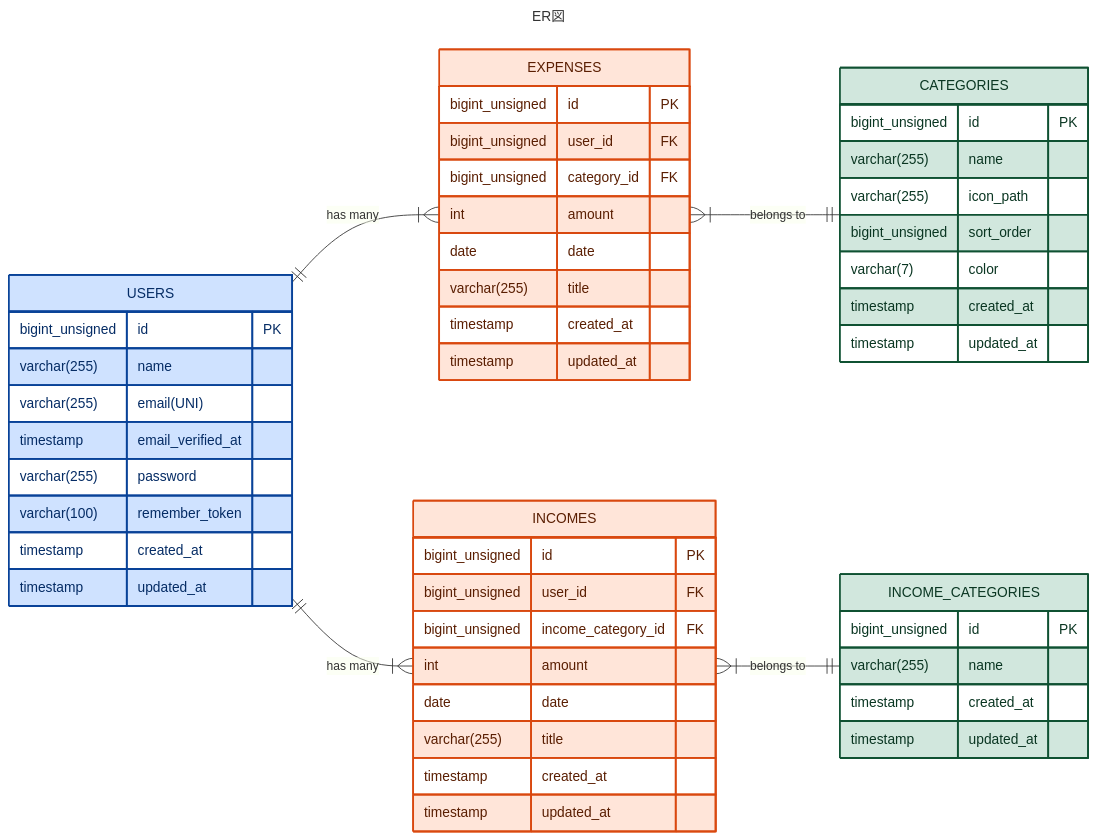
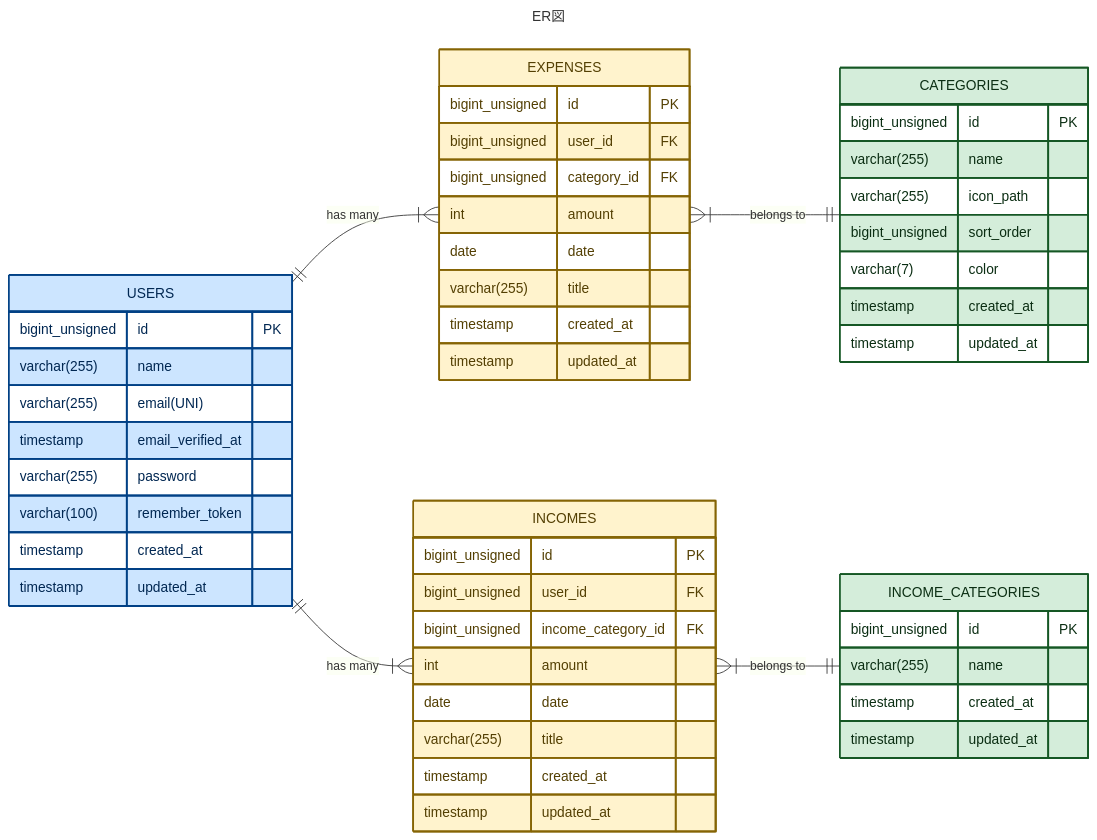
The first of 2 diagrams in README.md (shunki0001/household-note), drawn with Mermaid before and after one commit. The commit also changed other lines of this file and 14 other files, not shown here.

````diff
--- a/README.md
+++ b/README.md
@@ -114,68 +131,68 @@
 ```mermaid
 ---
 title: ER図
 ---
 erDiagram
     direction LR
     USERS ||--|{ EXPENSES : "has many"
     EXPENSES }|--|| CATEGORIES : "belongs to"
     USERS ||--|{ INCOMES : "has many"
     INCOMES }|--|| INCOME_CATEGORIES: "belongs to"
 
     USERS {
         bigint_unsigned id PK
         varchar(255) name
         varchar(255) email(UNI)
         timestamp email_verified_at
         varchar(255) password
         varchar(100) remember_token
         timestamp created_at
         timestamp updated_at
     }
 
     CATEGORIES {
         bigint_unsigned id PK
         varchar(255) name
         varchar(255) icon_path
         bigint_unsigned sort_order
         varchar(7) color
         timestamp created_at
         timestamp updated_at
     }
 
     INCOME_CATEGORIES {
         bigint_unsigned id PK
         varchar(255) name
         timestamp created_at
         timestamp updated_at
     }
 
     EXPENSES {
         bigint_unsigned id PK
         bigint_unsigned user_id FK 
         bigint_unsigned category_id FK
         int amount
         date date
         varchar(255) title
         timestamp created_at
         timestamp updated_at
     }
 
     INCOMES {
         bigint_unsigned id PK
         bigint_unsigned user_id FK 
         bigint_unsigned income_category_id FK
         int amount
         date date
         varchar(255) title
         timestamp created_at
         timestamp updated_at
     }
 
     %% カラースタイル
-    style USERS fill:#cfe2ff,stroke:#084298,stroke-width:2px,color:#052c65
-    style EXPENSES fill:#ffe5d9,stroke:#d9480f,stroke-width:2px,color:#5a1e02
-    style INCOMES fill:#ffe5d9,stroke:#d9480f,stroke-width:2px,color:#5a1e02
-    style CATEGORIES fill:#d1e7dd,stroke:#0f5132,stroke-width:2px,color:#0a3622
-    style INCOME_CATEGORIES fill:#d1e7dd,stroke:#0f5132,stroke-width:2px,color:#0a3622
+    style USERS fill:#cce5ff,stroke:#004085,stroke-width:2px,color:#002752
+    style EXPENSES fill:#fff3cd,stroke:#856404,stroke-width:2px,color:#533f03
+    style INCOMES fill:#fff3cd,stroke:#856404,stroke-width:2px,color:#533f03
+    style CATEGORIES fill:#d4edda,stroke:#155724,stroke-width:2px,color:#0b2e13
+    style INCOME_CATEGORIES fill:#d4edda,stroke:#155724,stroke-width:2px,color:#0b2e13
 ```
````
